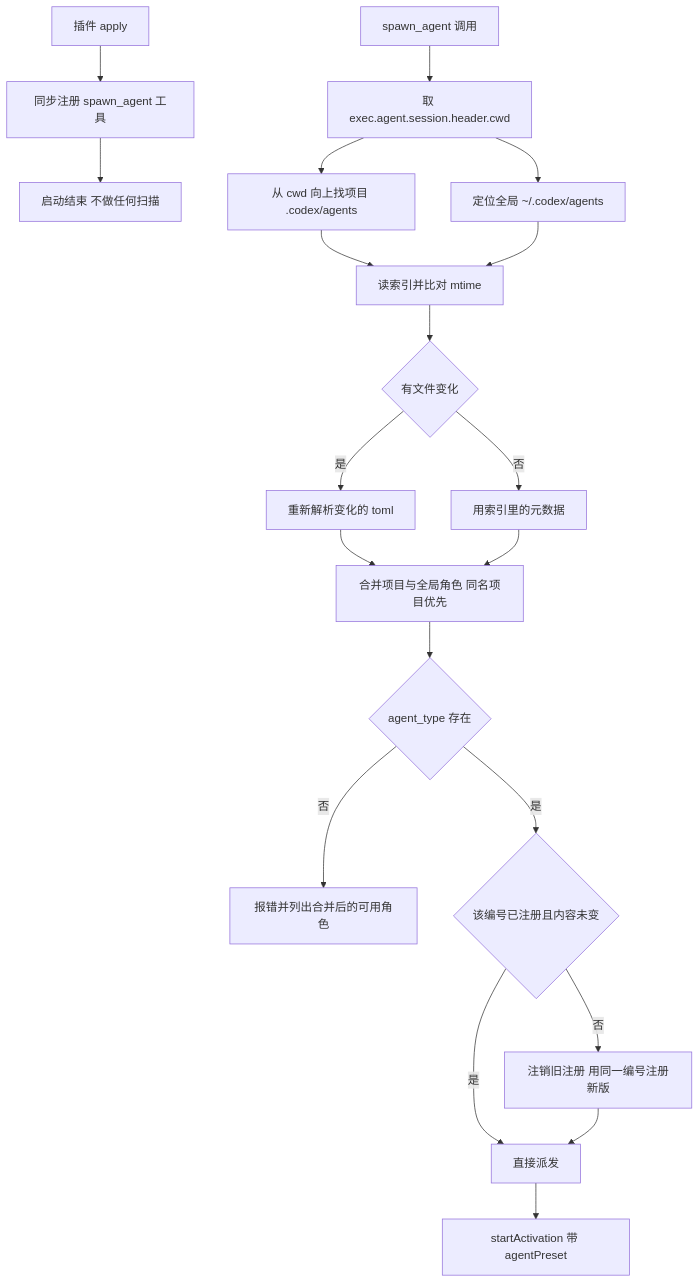
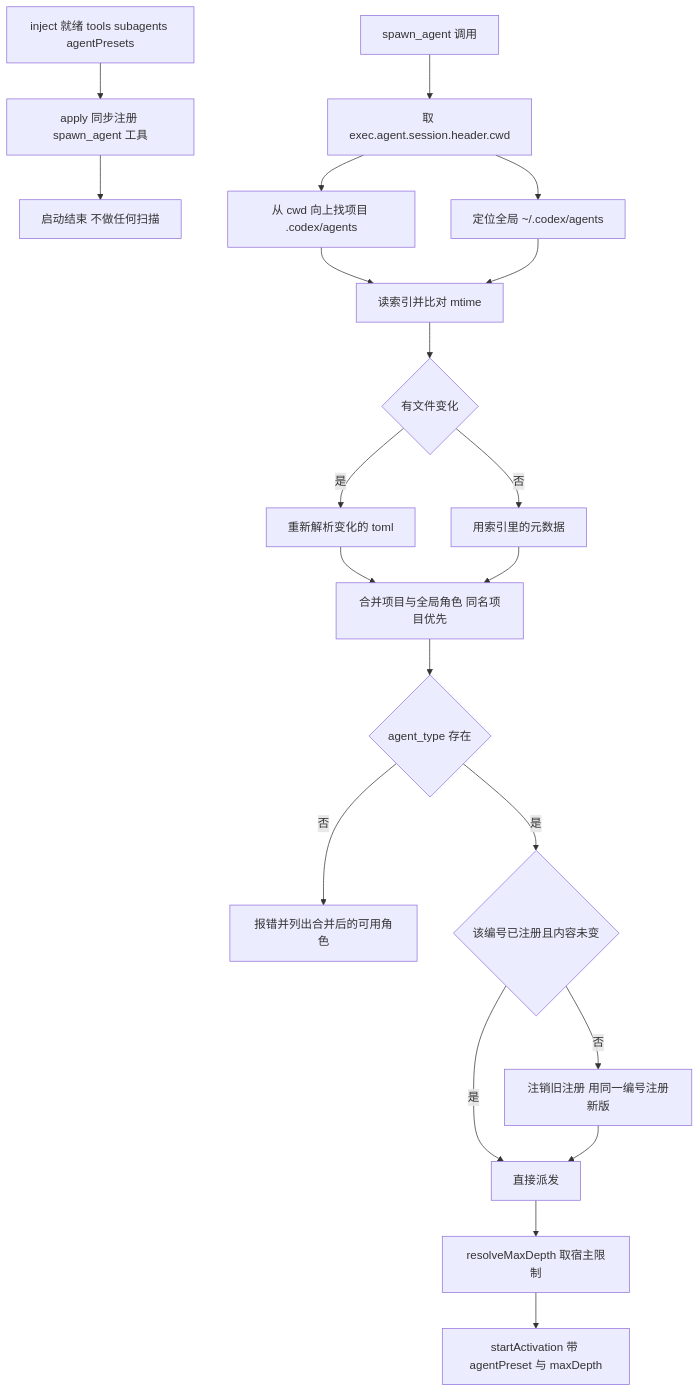
One commit to RekiDunois/dsh-codex-agents changed the diagram in plan/dsh-codex-agents.md. Above: the diagram before and after it, drawn with Mermaid. The commit also changed other lines of this file, not shown here.

````diff
--- a/plan/dsh-codex-agents.md
+++ b/plan/dsh-codex-agents.md
@@ -83,23 +137,24 @@
 ```mermaid
 flowchart TD
-    A[插件 apply] --> B[同步注册 spawn_agent 工具]
+    A[inject 就绪 tools subagents agentPresets] --> B[apply 同步注册 spawn_agent 工具]
     B --> C[启动结束 不做任何扫描]
 
     D[spawn_agent 调用] --> E[取 exec.agent.session.header.cwd]
     E --> F[从 cwd 向上找项目 .codex/agents]
     E --> G[定位全局 ~/.codex/agents]
     F --> H[读索引并比对 mtime]
     G --> H
     H --> I{有文件变化}
     I -->|是| J[重新解析变化的 toml]
     I -->|否| K[用索引里的元数据]
     J --> L[合并项目与全局角色 同名项目优先]
     K --> L
     L --> M{agent_type 存在}
     M -->|否| N[报错并列出合并后的可用角色]
     M -->|是| O{该编号已注册且内容未变}
     O -->|是| Q[直接派发]
     O -->|否| P[注销旧注册 用同一编号注册新版]
     P --> Q
-    Q --> R[startActivation 带 agentPreset]
+    Q --> S[resolveMaxDepth 取宿主限制]
+    S --> R[startActivation 带 agentPreset 与 maxDepth]
 ```
````
